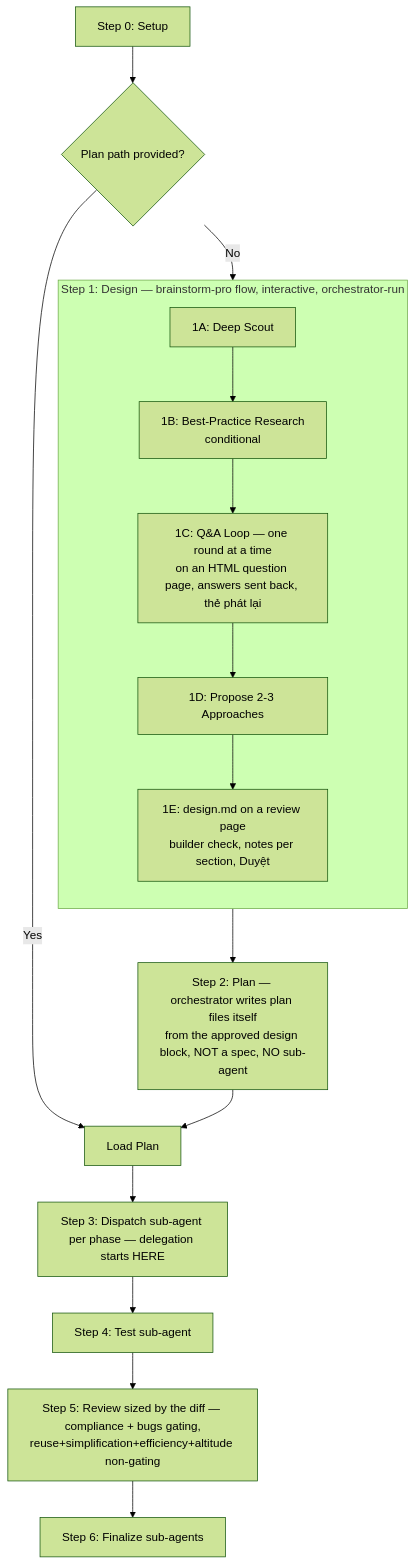
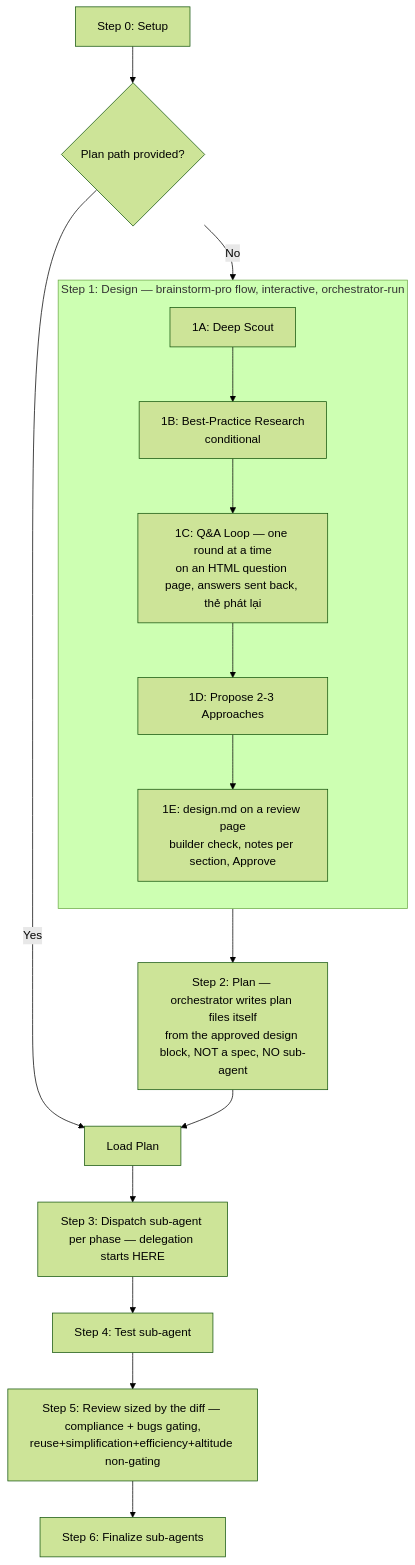
The diagram in skills/cook/SKILL.md (dphong1995/skills), drawn with Mermaid (forest theme) before and after one commit. The commit also changed 12 other files, not shown here.

````diff
--- a/skills/cook/SKILL.md
+++ b/skills/cook/SKILL.md
@@ -96,19 +96,19 @@
 ```mermaid
 flowchart TD
     A[Step 0: Setup] --> B{Plan path provided?}
     B -->|Yes| F[Load Plan]
     B -->|No| C1
     subgraph S1[Step 1: Design — brainstorm-pro flow, interactive, orchestrator-run]
       direction TB
       C1[1A: Deep Scout] --> C2[1B: Best-Practice Research<br/>conditional]
       C2 --> C3[1C: Q&A Loop — one round at a time<br/>on an HTML question page, answers sent back, thẻ phát lại]
       C3 --> C4[1D: Propose 2-3 Approaches]
-      C4 --> C5[1E: design.md on a review page<br/>builder check, notes per section, Duyệt]
+      C4 --> C5[1E: design.md on a review page<br/>builder check, notes per section, Approve]
     end
     C5 --> D[Step 2: Plan — orchestrator writes plan files itself<br/>from the approved design block, NOT a spec, NO sub-agent]
     D --> F
     F --> H[Step 3: Dispatch sub-agent per phase — delegation starts HERE]
     H --> K[Step 4: Test sub-agent]
     K --> Rev[Step 5: Review sized by the diff — compliance + bugs gating,<br/>reuse+simplification+efficiency+altitude non-gating]
     Rev --> L[Step 6: Finalize sub-agents]
 ```
````
